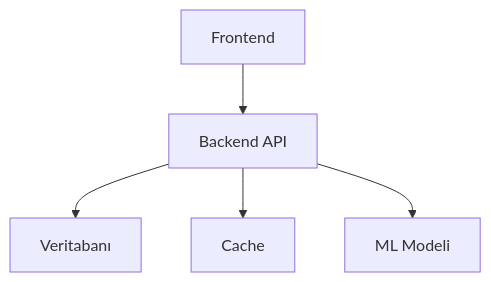
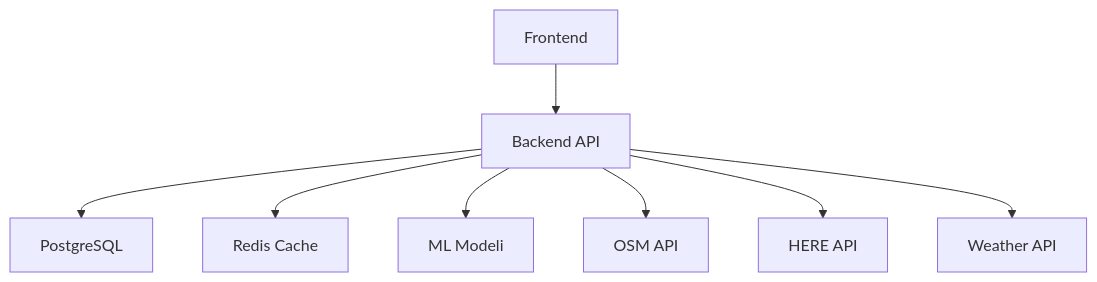
Before and after one commit to LaZzaran/smart-traffic-ai: the first of 4 diagrams in ROADMAP.md, drawn with Mermaid. The commit also changed other lines of this file and 11 other files, not shown here.

````diff
--- a/ROADMAP.md
+++ b/ROADMAP.md
@@ -74,7 +99,10 @@
 ```mermaid
 graph TD
     A[Frontend] --> B[Backend API]
-    B --> C[Veritabanı]
-    B --> D[Cache]
+    B --> C[PostgreSQL]
+    B --> D[Redis Cache]
     B --> E[ML Modeli]
+    B --> F[OSM API]
+    B --> G[HERE API]
+    B --> H[Weather API]
 ```
````
